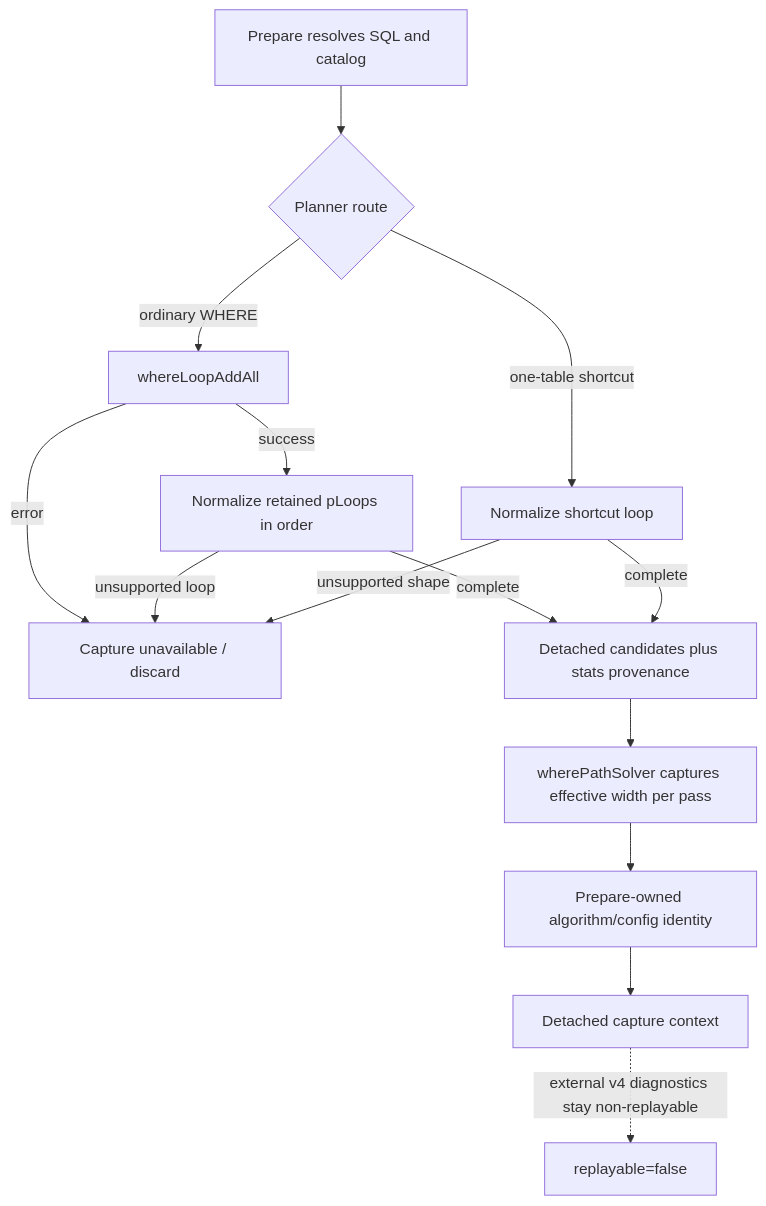
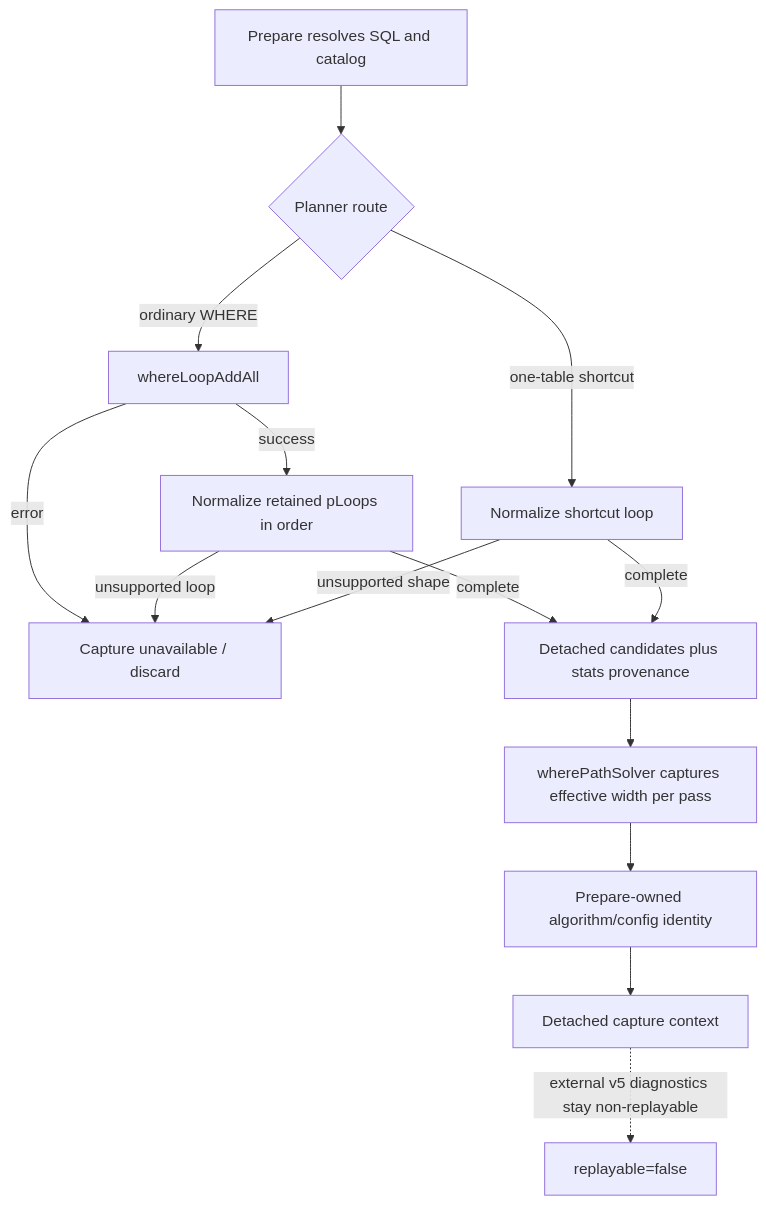
One commit to tsafin/tarantool-dsql changed the third of 4 diagrams in docs/vdbe/planner_vm_migration.md. Above: the diagram before and after it, drawn with Mermaid. The commit also changed other lines of this file and 1 other file, not shown here.

````diff
--- a/docs/vdbe/planner_vm_migration.md
+++ b/docs/vdbe/planner_vm_migration.md
@@ -614,16 +623,16 @@
 ```mermaid
 flowchart TD
     P[Prepare resolves SQL and catalog] --> E{Planner route}
     E -->|ordinary WHERE| A[whereLoopAddAll]
     A -->|error| X[Capture unavailable / discard]
     A -->|success| N[Normalize retained pLoops in order]
     E -->|one-table shortcut| H[Normalize shortcut loop]
     N -->|unsupported loop| X
     H -->|unsupported shape| X
     N -->|complete| C[Detached candidates plus stats provenance]
     H -->|complete| C
     C --> W[wherePathSolver captures effective width per pass]
     W --> I[Prepare-owned algorithm/config identity]
     I --> D[Detached capture context]
-    D -. external v4 diagnostics stay non-replayable .-> V[replayable=false]
+    D -. external v5 diagnostics stay non-replayable .-> V[replayable=false]
 ```
````
